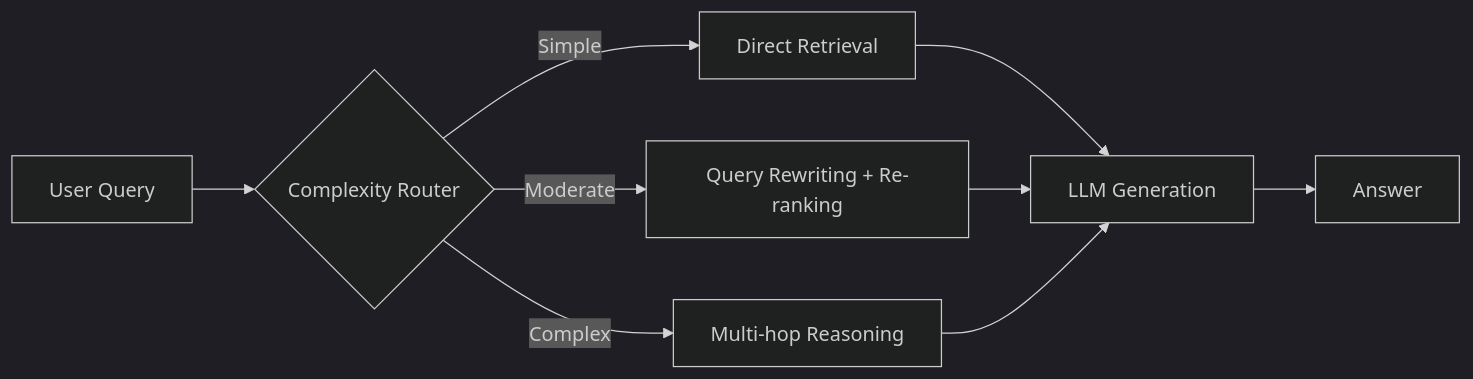
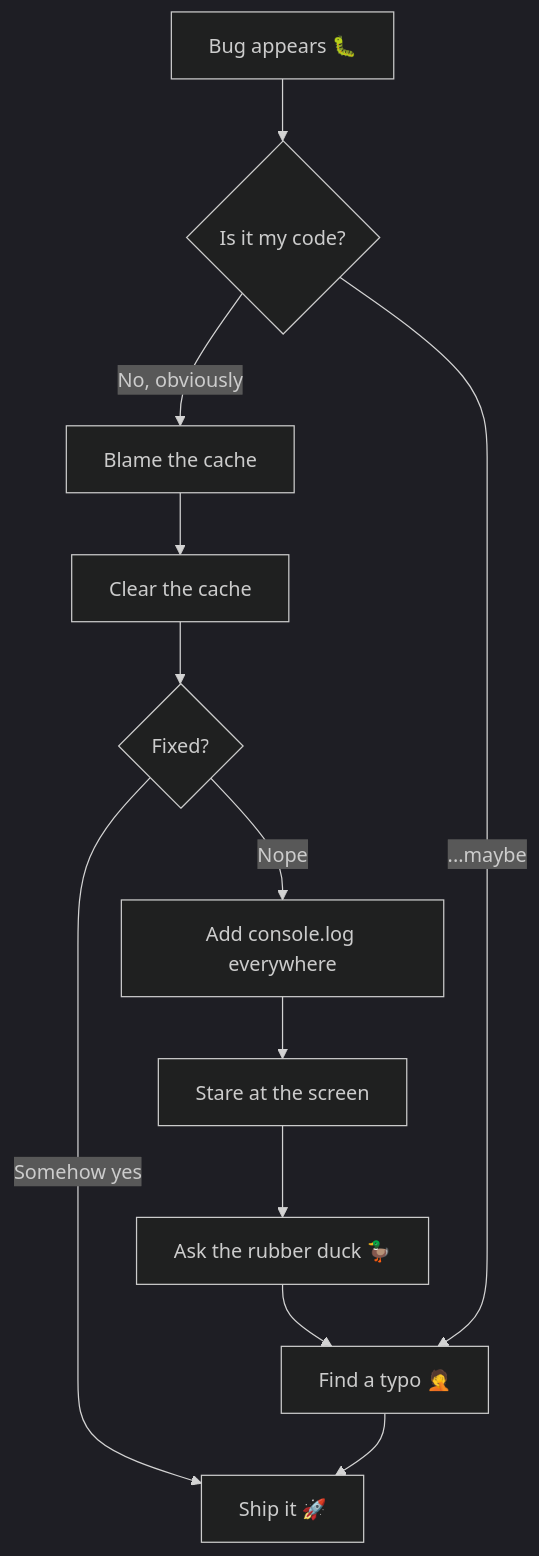
One commit to TanmayChauhan123/TanmayChauhan123 changed the diagram in README.md. Above: the diagram before and after it, drawn with Mermaid (dark theme). The commit also changed other lines of this file, not shown here.

````diff
--- a/README.md
+++ b/README.md
@@ -106,11 +162,14 @@
 ```mermaid
-flowchart LR
-    Q[User Query] --> R{Complexity Router}
-    R -->|Simple| S[Direct Retrieval]
-    R -->|Moderate| W[Query Rewriting + Re-ranking]
-    R -->|Complex| M[Multi-hop Reasoning]
-    S --> G[LLM Generation]
-    W --> G
-    M --> G
-    G --> A[Answer]
+flowchart TD
+    A[Bug appears 🐛] --> B{Is it my code?}
+    B -->|No, obviously| C[Blame the cache]
+    C --> D[Clear the cache]
+    D --> E{Fixed?}
+    E -->|Nope| F[Add console.log everywhere]
+    F --> G[Stare at the screen]
+    G --> H[Ask the rubber duck 🦆]
+    H --> I[Find a typo 🤦]
+    B -->|...maybe| I
+    E -->|Somehow yes| J[Ship it 🚀]
+    I --> J
 ```
````
